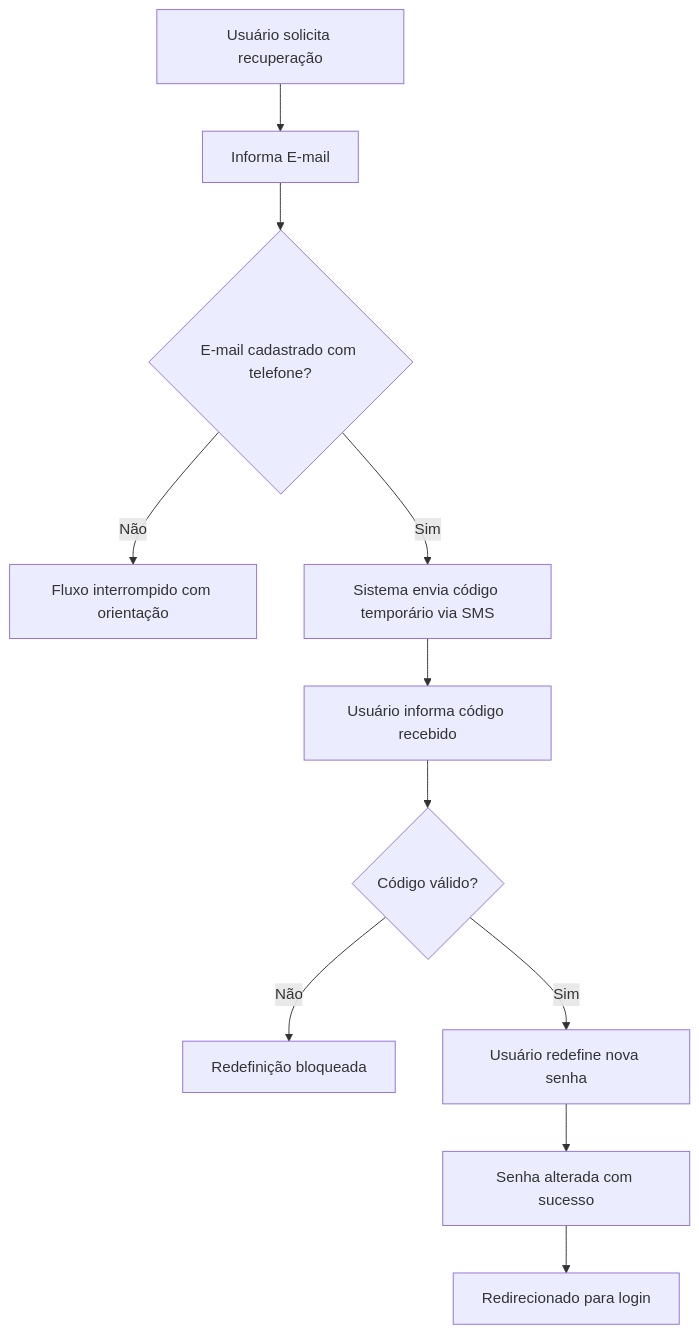
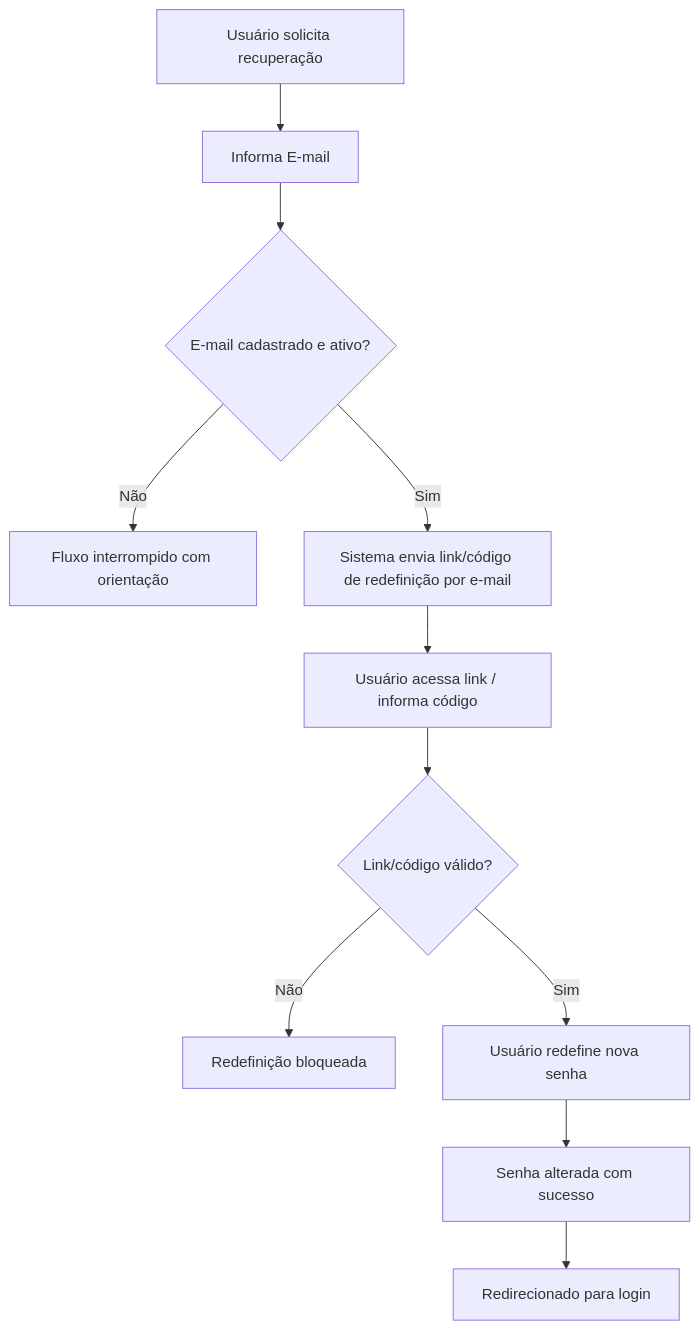
One commit to matheu5leone/karmaleoes-admin changed the second of 4 diagrams in modules/AUTENTICACAO_LOGIN_CONTROLE_SESSAO/FLOWCHART.md. Above: the diagram before and after it, drawn with Mermaid. The commit also changed other lines of this file and 6 other files, not shown here.

First line of the commit message:
docs: recuperação de senha por e-mail (remove SMS); telefone opcional

````diff
--- a/modules/AUTENTICACAO_LOGIN_CONTROLE_SESSAO/FLOWCHART.md
+++ b/modules/AUTENTICACAO_LOGIN_CONTROLE_SESSAO/FLOWCHART.md
@@ -34,13 +34,13 @@
 ```mermaid
 flowchart TD
     A[Usuário solicita recuperação] --> B[Informa E-mail]
-    B --> C{E-mail cadastrado com telefone?}
+    B --> C{E-mail cadastrado e ativo?}
     C -- Não --> D[Fluxo interrompido com orientação]
-    C -- Sim --> E[Sistema envia código temporário via SMS]
-    E --> F[Usuário informa código recebido]
-    F --> G{Código válido?}
+    C -- Sim --> E[Sistema envia link/código de redefinição por e-mail]
+    E --> F[Usuário acessa link / informa código]
+    F --> G{Link/código válido?}
     G -- Não --> H[Redefinição bloqueada]
     G -- Sim --> I[Usuário redefine nova senha]
     I --> J[Senha alterada com sucesso]
     J --> K[Redirecionado para login]
 ```
````
